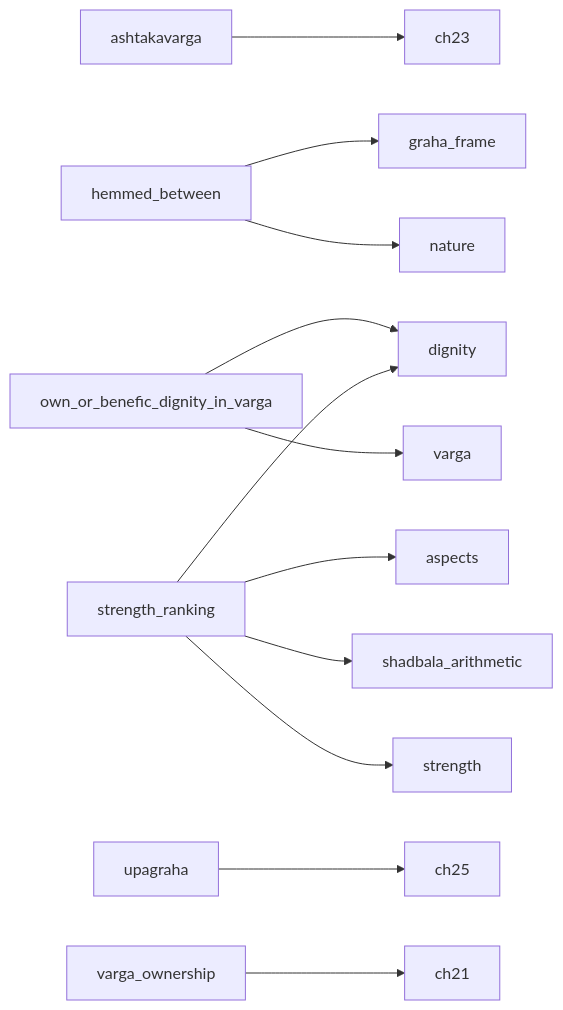
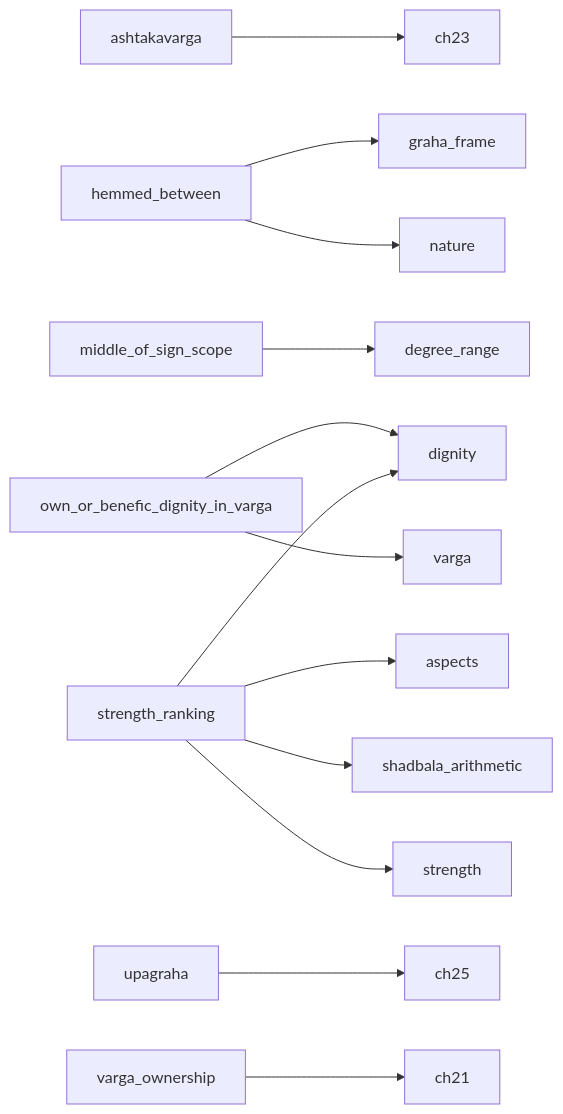
Before and after one commit to tarunrameshphotography/Vedic-AI: the diagram in Reports/PHASE3_PLAN.md, drawn with Mermaid. The commit also changed other lines of this file and 5 other files, not shown here.

````diff
--- a/Reports/PHASE3_PLAN.md
+++ b/Reports/PHASE3_PLAN.md
@@ -57,14 +58,15 @@
 ```mermaid
 graph LR
   ashtakavarga --> ch23
   hemmed_between --> graha_frame
   hemmed_between --> nature
+  middle_of_sign_scope --> degree_range
   own_or_benefic_dignity_in_varga --> dignity
   own_or_benefic_dignity_in_varga --> varga
   strength_ranking --> aspects
   strength_ranking --> dignity
   strength_ranking --> shadbala_arithmetic
   strength_ranking --> strength
   upagraha --> ch25
   varga_ownership --> ch21
 ```
````
